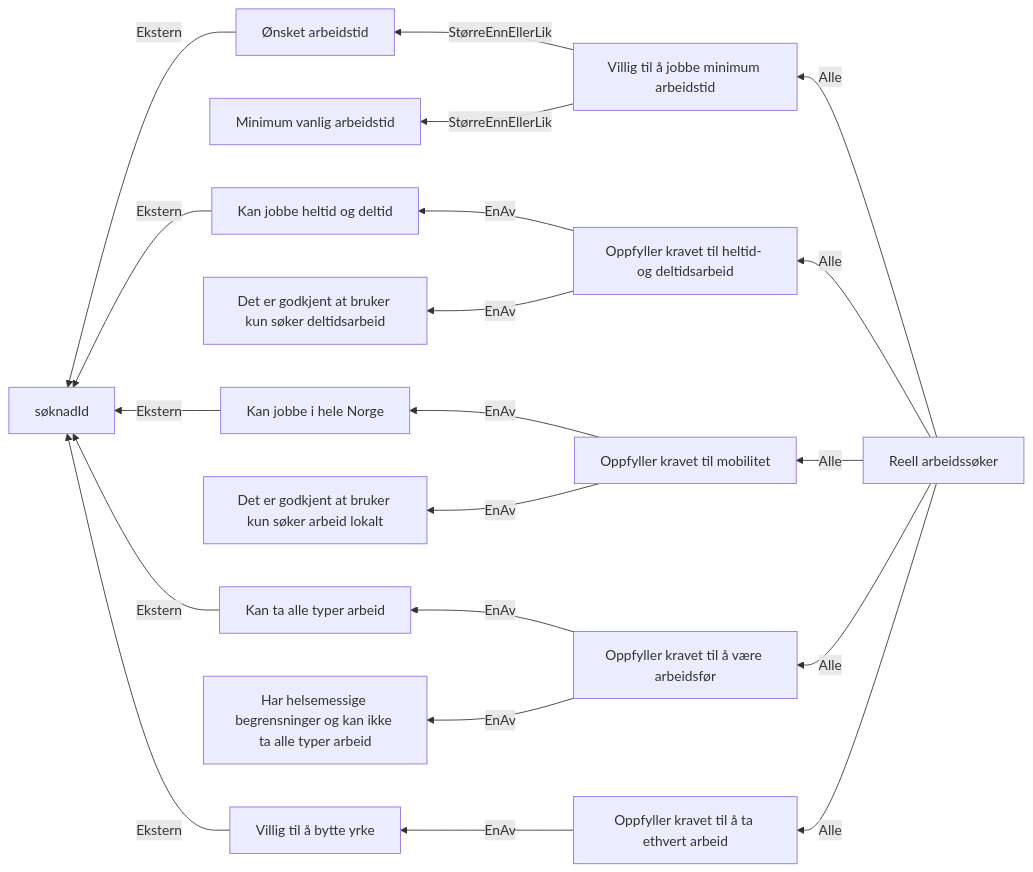
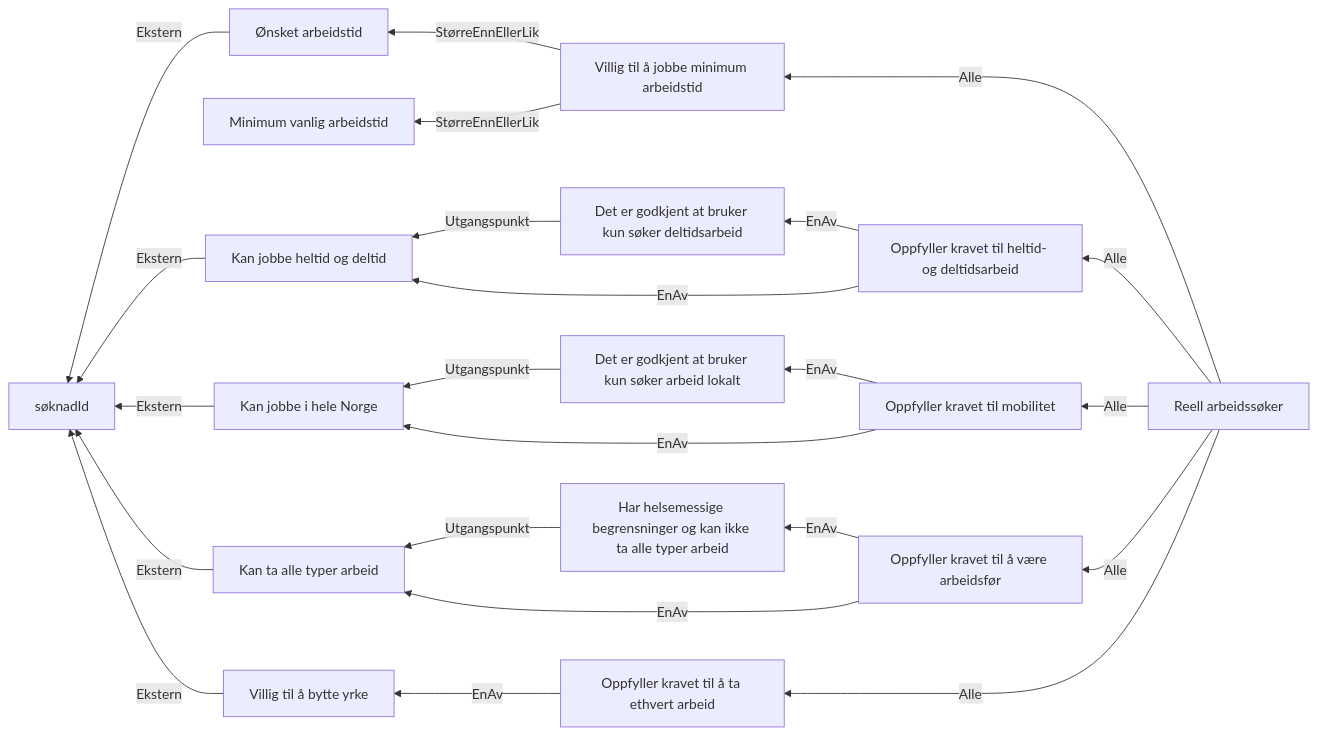
The diagram in docs/regler/§ 4-5. Reelle arbeidssøkere.approved.md (navikt/dp-behandling), drawn with Mermaid before and after one commit. The commit also changed 12 other files, not shown here.

Commit message:
Koble unntakene til vilkårene de er unntak for

````diff
--- a/docs/regler/§ 4-5. Reelle arbeidssøkere.approved.md
+++ b/docs/regler/§ 4-5. Reelle arbeidssøkere.approved.md
@@ -5,22 +5,25 @@
 ```mermaid
 graph RL
   A["Ønsket arbeidstid"] -->|"Ekstern"| B["søknadId"]
   C["Villig til å jobbe minimum arbeidstid"] -->|"StørreEnnEllerLik"| A["Ønsket arbeidstid"]
   C["Villig til å jobbe minimum arbeidstid"] -->|"StørreEnnEllerLik"| D["Minimum vanlig arbeidstid"]
   E["Kan jobbe heltid og deltid"] -->|"Ekstern"| B["søknadId"]
-  F["Kan jobbe i hele Norge"] -->|"Ekstern"| B["søknadId"]
-  G["Kan ta alle typer arbeid"] -->|"Ekstern"| B["søknadId"]
-  H["Villig til å bytte yrke"] -->|"Ekstern"| B["søknadId"]
-  I["Oppfyller kravet til heltid- og deltidsarbeid"] -->|"EnAv"| E["Kan jobbe heltid og deltid"]
-  I["Oppfyller kravet til heltid- og deltidsarbeid"] -->|"EnAv"| J["Det er godkjent at bruker kun søker deltidsarbeid"]
-  K["Oppfyller kravet til mobilitet"] -->|"EnAv"| F["Kan jobbe i hele Norge"]
-  K["Oppfyller kravet til mobilitet"] -->|"EnAv"| L["Det er godkjent at bruker kun søker arbeid lokalt"]
-  M["Oppfyller kravet til å være arbeidsfør"] -->|"EnAv"| G["Kan ta alle typer arbeid"]
-  M["Oppfyller kravet til å være arbeidsfør"] -->|"EnAv"| N["Har helsemessige begrensninger og kan ikke ta alle typer arbeid"]
-  O["Oppfyller kravet til å ta ethvert arbeid"] -->|"EnAv"| H["Villig til å bytte yrke"]
+  F["Det er godkjent at bruker kun søker deltidsarbeid"] -->|"Utgangspunkt"| E["Kan jobbe heltid og deltid"]
+  G["Kan jobbe i hele Norge"] -->|"Ekstern"| B["søknadId"]
+  H["Det er godkjent at bruker kun søker arbeid lokalt"] -->|"Utgangspunkt"| G["Kan jobbe i hele Norge"]
+  I["Kan ta alle typer arbeid"] -->|"Ekstern"| B["søknadId"]
+  J["Har helsemessige begrensninger og kan ikke ta alle typer arbeid"] -->|"Utgangspunkt"| I["Kan ta alle typer arbeid"]
+  K["Villig til å bytte yrke"] -->|"Ekstern"| B["søknadId"]
+  L["Oppfyller kravet til heltid- og deltidsarbeid"] -->|"EnAv"| E["Kan jobbe heltid og deltid"]
+  L["Oppfyller kravet til heltid- og deltidsarbeid"] -->|"EnAv"| F["Det er godkjent at bruker kun søker deltidsarbeid"]
+  M["Oppfyller kravet til mobilitet"] -->|"EnAv"| G["Kan jobbe i hele Norge"]
+  M["Oppfyller kravet til mobilitet"] -->|"EnAv"| H["Det er godkjent at bruker kun søker arbeid lokalt"]
+  N["Oppfyller kravet til å være arbeidsfør"] -->|"EnAv"| I["Kan ta alle typer arbeid"]
+  N["Oppfyller kravet til å være arbeidsfør"] -->|"EnAv"| J["Har helsemessige begrensninger og kan ikke ta alle typer arbeid"]
+  O["Oppfyller kravet til å ta ethvert arbeid"] -->|"EnAv"| K["Villig til å bytte yrke"]
   P["Reell arbeidssøker"] -->|"Alle"| C["Villig til å jobbe minimum arbeidstid"]
-  P["Reell arbeidssøker"] -->|"Alle"| I["Oppfyller kravet til heltid- og deltidsarbeid"]
-  P["Reell arbeidssøker"] -->|"Alle"| K["Oppfyller kravet til mobilitet"]
-  P["Reell arbeidssøker"] -->|"Alle"| M["Oppfyller kravet til å være arbeidsfør"]
+  P["Reell arbeidssøker"] -->|"Alle"| L["Oppfyller kravet til heltid- og deltidsarbeid"]
+  P["Reell arbeidssøker"] -->|"Alle"| M["Oppfyller kravet til mobilitet"]
+  P["Reell arbeidssøker"] -->|"Alle"| N["Oppfyller kravet til å være arbeidsfør"]
   P["Reell arbeidssøker"] -->|"Alle"| O["Oppfyller kravet til å ta ethvert arbeid"]
 ```
````
